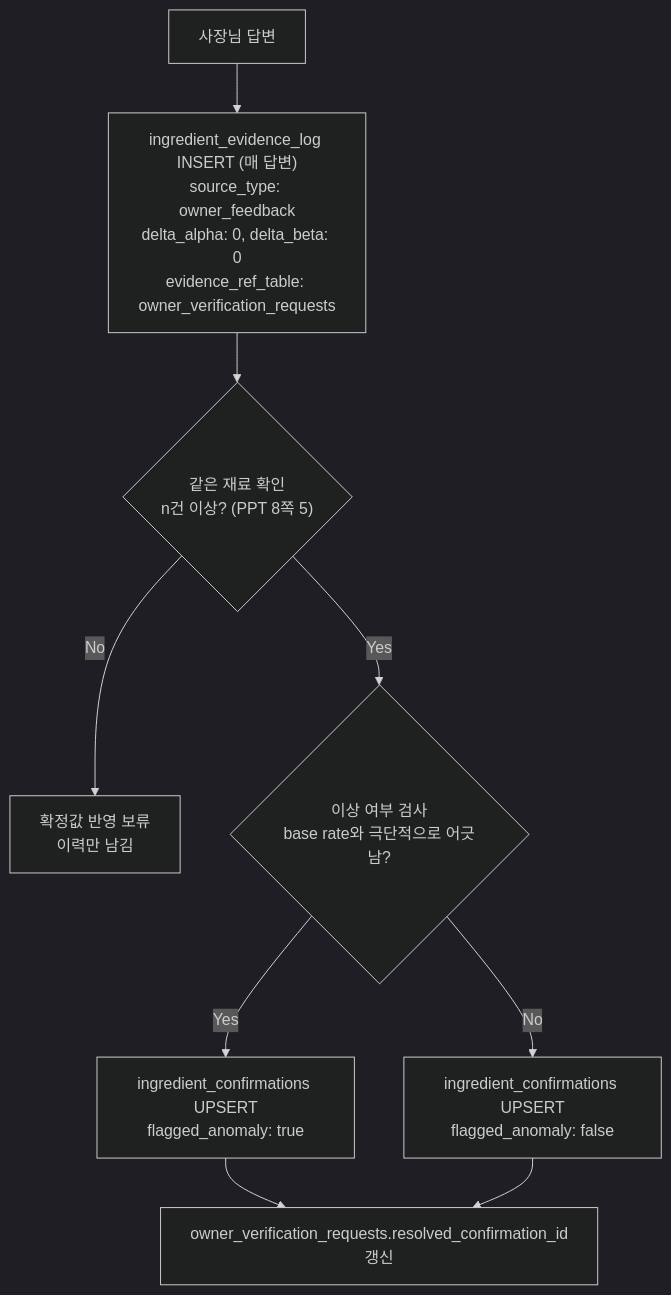
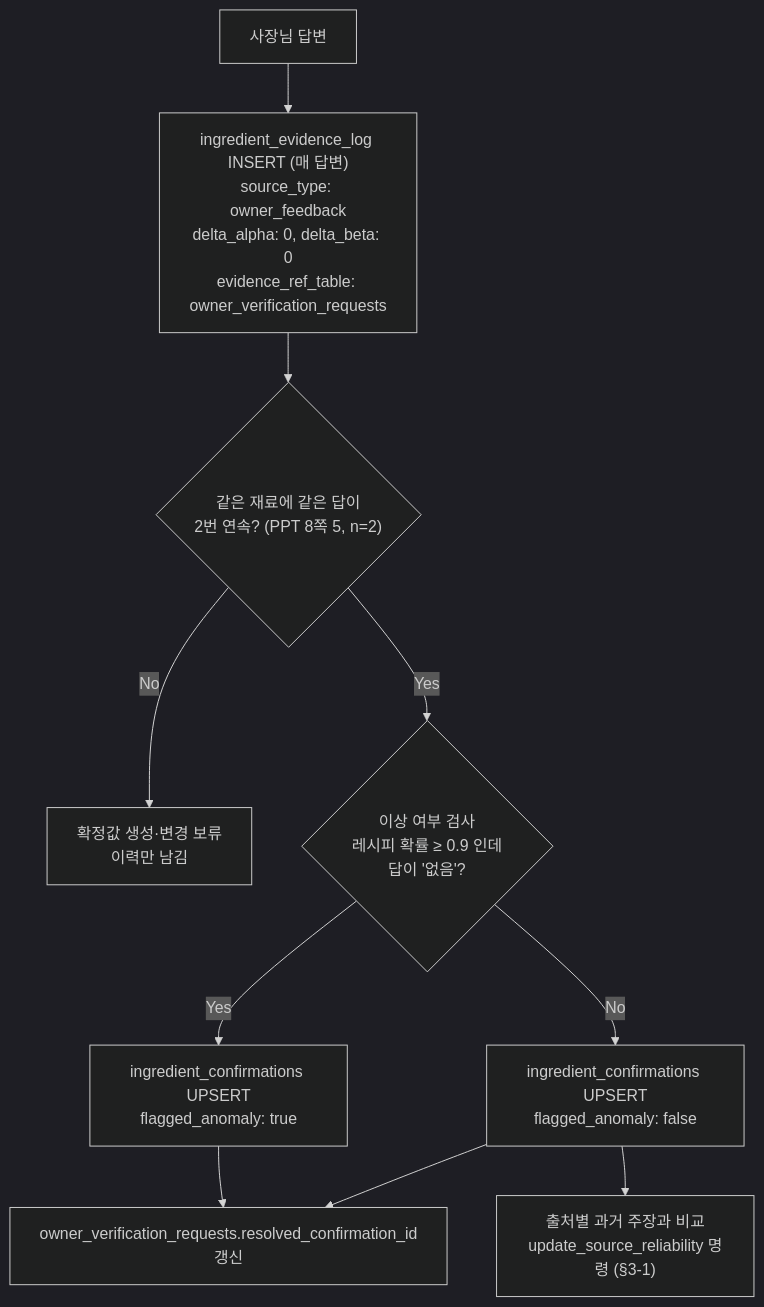
Before and after one commit to Han-Spoon/ai: the fourth of 4 diagrams in docs/agent-7-dbupdate.md, drawn with Mermaid (dark theme). The commit also changed other lines of this file and 2 other files, not shown here.

````diff
--- a/docs/agent-7-dbupdate.md
+++ b/docs/agent-7-dbupdate.md
@@ -200,11 +201,12 @@
 ```mermaid
 flowchart TD
     IN["사장님 답변"] --> LOG["ingredient_evidence_log INSERT (매 답변)<br/>source_type: owner_feedback<br/>delta_alpha: 0, delta_beta: 0<br/>evidence_ref_table: owner_verification_requests"]
-    LOG --> CNT{"같은 재료 확인<br/>n건 이상? (PPT 8쪽 5)"}
-    CNT -->|No| WAIT["확정값 반영 보류<br/>이력만 남김"]
-    CNT -->|Yes| CHECK{"이상 여부 검사<br/>base rate와 극단적으로 어긋남?"}
+    LOG --> CNT{"같은 재료에 같은 답이<br/>2번 연속? (PPT 8쪽 5, n=2)"}
+    CNT -->|No| WAIT["확정값 생성·변경 보류<br/>이력만 남김"]
+    CNT -->|Yes| CHECK{"이상 여부 검사<br/>레시피 확률 ≥ 0.9 인데<br/>답이 '없음'?"}
     CHECK -->|Yes| FLAG["ingredient_confirmations UPSERT<br/>flagged_anomaly: true"]
     CHECK -->|No| NORMAL["ingredient_confirmations UPSERT<br/>flagged_anomaly: false"]
     FLAG --> LINK["owner_verification_requests.resolved_confirmation_id<br/>갱신"]
     NORMAL --> LINK
+    NORMAL --> REL["출처별 과거 주장과 비교<br/>update_source_reliability 명령 (§3-1)"]
 ```
````
